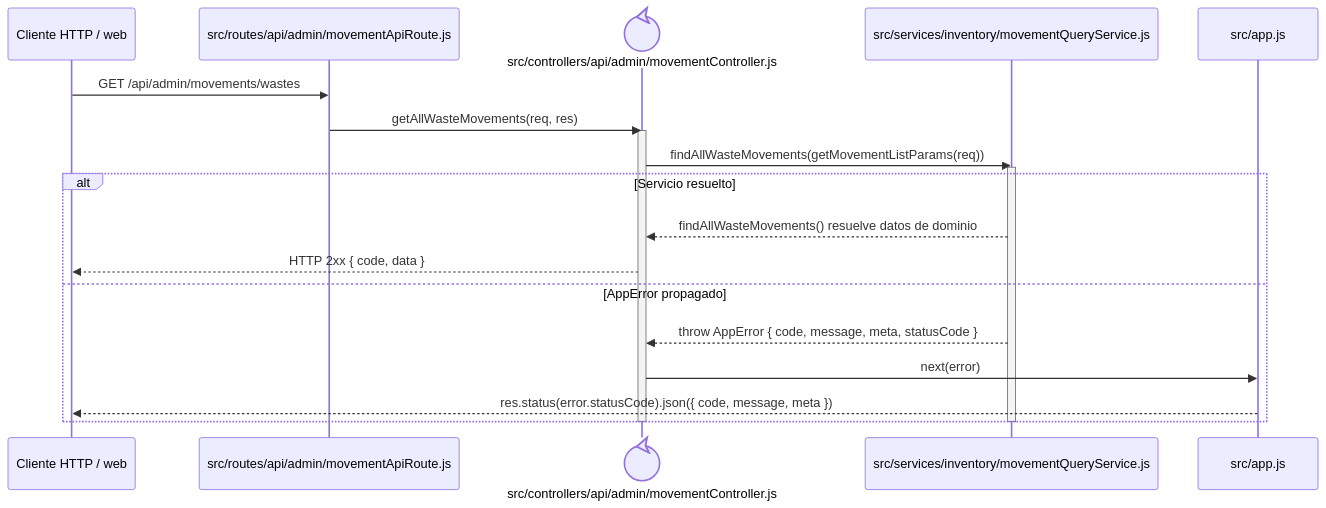
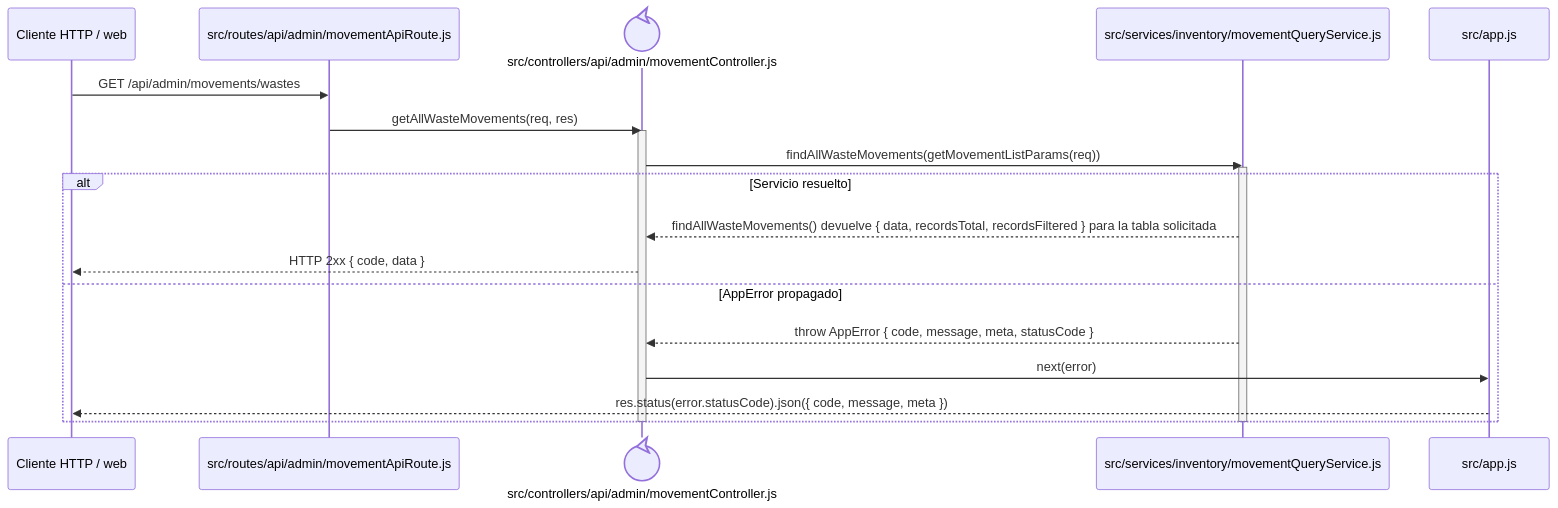
One commit to gpgsistemas01/nexus changed the diagram in docs/architecture/backend-code-sequences/catalogs/cu-alm-14.md. Above: the diagram before and after it, drawn with Mermaid. The commit also changed 102 other files, not shown here.

````diff
--- a/docs/architecture/backend-code-sequences/catalogs/cu-alm-14.md
+++ b/docs/architecture/backend-code-sequences/catalogs/cu-alm-14.md
@@ -6,24 +6,24 @@
 ```mermaid
 sequenceDiagram
     participant Client as Cliente HTTP / web
     participant Route as src/routes/api/admin/movementApiRoute.js
     participant Controller@{ "type": "control" } as src/controllers/api/admin/movementController.js
     participant Domain as src/services/inventory/movementQueryService.js
     participant ErrorHandler as src/app.js
 
     Client->>Route: GET /api/admin/movements/wastes
     Route->>Controller: getAllWasteMovements(req, res)
     activate Controller
     Controller->>Domain: findAllWasteMovements(getMovementListParams(req))
     activate Domain
     alt Servicio resuelto
-        Domain-->>Controller: findAllWasteMovements() resuelve datos de dominio
+        Domain-->>Controller: findAllWasteMovements() devuelve { data, recordsTotal, recordsFiltered } para la tabla solicitada
         Controller-->>Client: HTTP 2xx { code, data }
     else AppError propagado
         Domain-->>Controller: throw AppError { code, message, meta, statusCode }
         Controller->>ErrorHandler: next(error)
         ErrorHandler-->>Client: res.status(error.statusCode).json({ code, message, meta })
     end
     deactivate Domain
     deactivate Controller
 ```
````
